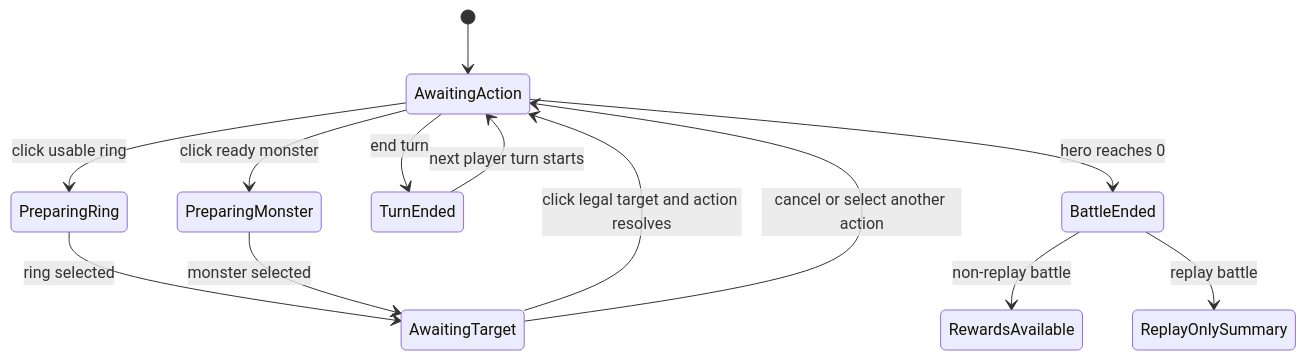
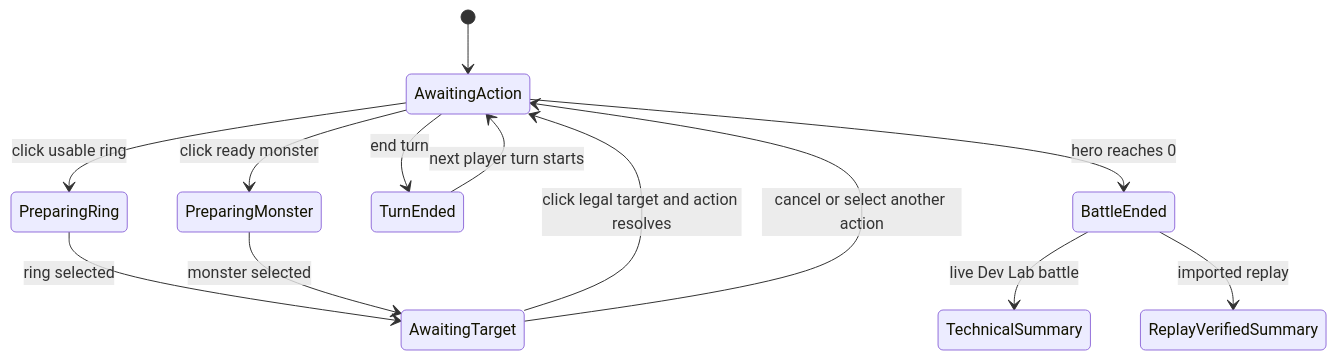
One commit to drezr/battleness changed the third of 3 diagrams in docs/UI_WIREFRAMES.md. Above: the diagram before and after it, drawn with Mermaid. The commit also changed other lines of this file and 25 other files, not shown here.

````diff
--- a/docs/UI_WIREFRAMES.md
+++ b/docs/UI_WIREFRAMES.md
@@ -434,15 +327,15 @@
 ```mermaid
 stateDiagram-v2
   [*] --> AwaitingAction
   AwaitingAction --> PreparingRing: click usable ring
   AwaitingAction --> PreparingMonster: click ready monster
   PreparingRing --> AwaitingTarget: ring selected
   PreparingMonster --> AwaitingTarget: monster selected
   AwaitingTarget --> AwaitingAction: click legal target and action resolves
   AwaitingTarget --> AwaitingAction: cancel or select another action
   AwaitingAction --> TurnEnded: end turn
   TurnEnded --> AwaitingAction: next player turn starts
   AwaitingAction --> BattleEnded: hero reaches 0
-  BattleEnded --> RewardsAvailable: non-replay battle
-  BattleEnded --> ReplayOnlySummary: replay battle
+  BattleEnded --> TechnicalSummary: live Dev Lab battle
+  BattleEnded --> ReplayVerifiedSummary: imported replay
 ```
````
